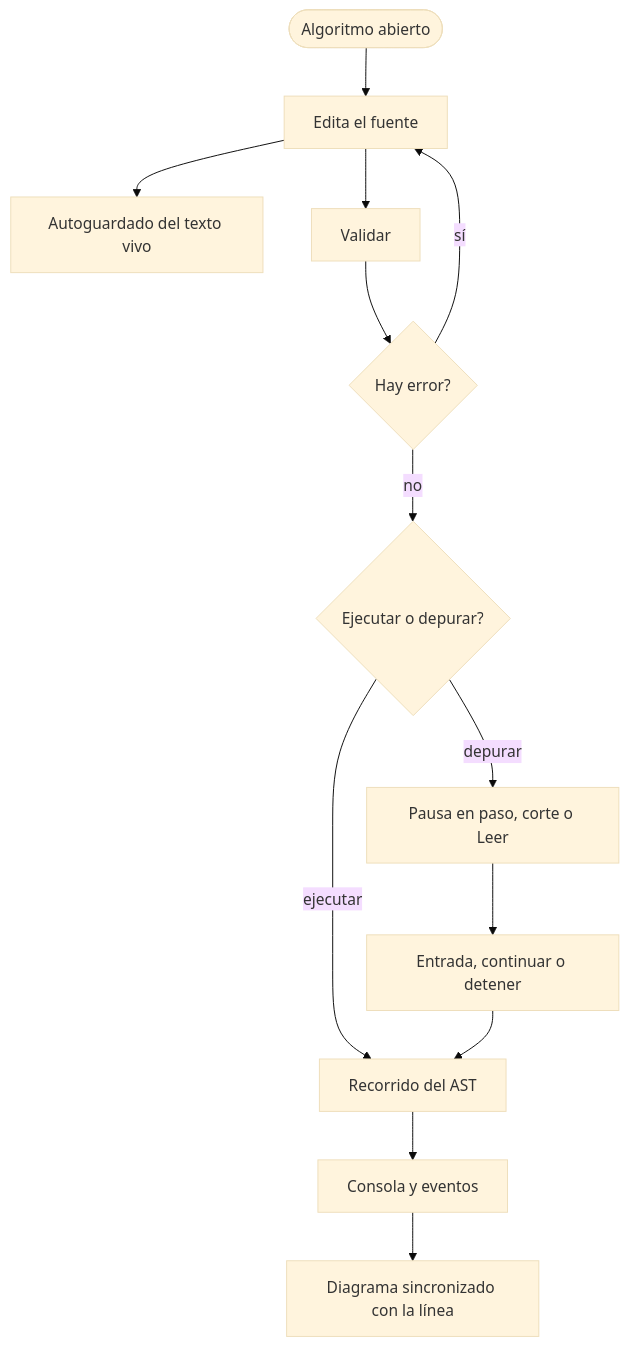
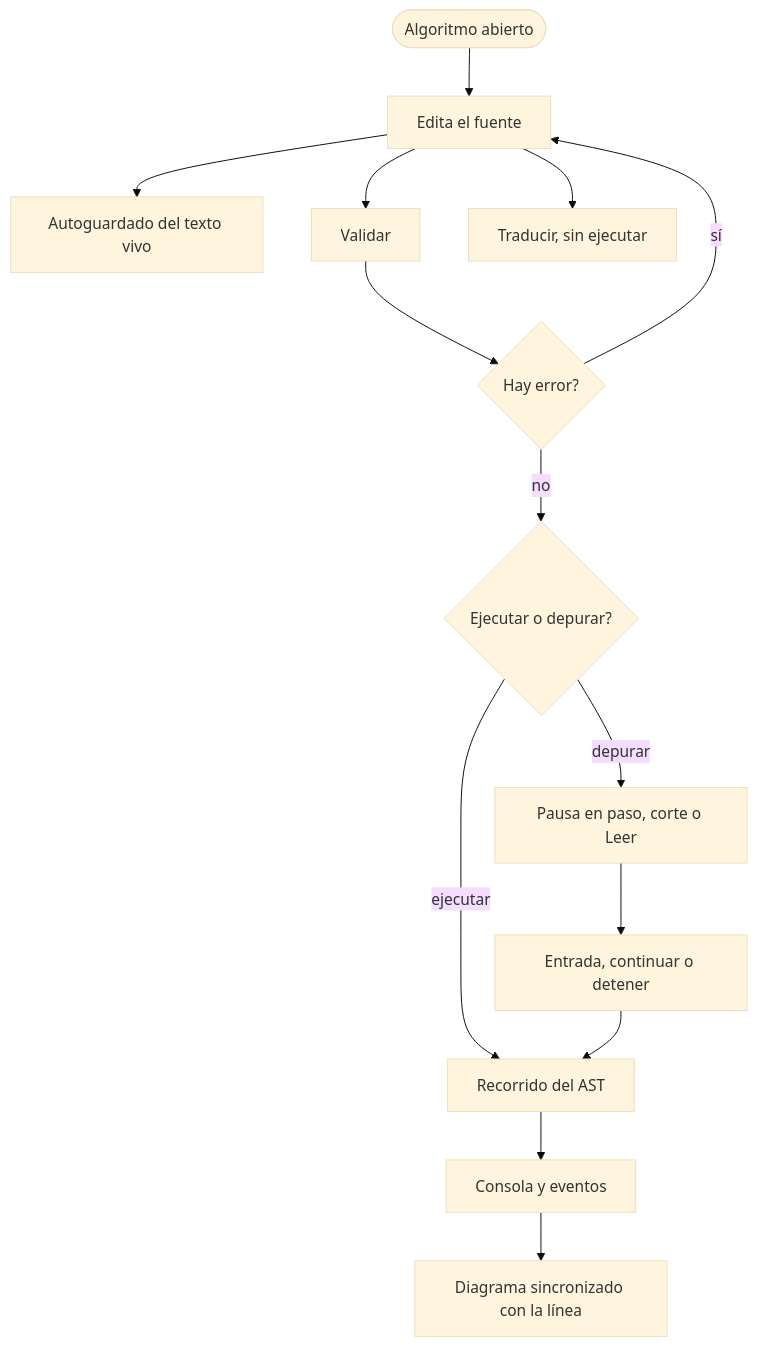
Before and after one commit to roque-code/FCDesign_client_server: the second of 3 diagrams in docs/vistas/diagrama-de-procesos.md, drawn with Mermaid (base theme). The commit also changed other lines of this file and 62 other files, not shown here.

````diff
--- a/docs/vistas/diagrama-de-procesos.md
+++ b/docs/vistas/diagrama-de-procesos.md
@@ -27,15 +27,16 @@
 ```mermaid
 flowchart TD
     abrir([Algoritmo abierto]) --> texto[Edita el fuente]
     texto --> guarda[Autoguardado del texto vivo]
     texto --> val[Validar]
+    texto --> trad[Traducir, sin ejecutar]
     val --> err{Hay error?}
     err -->|sí| texto
     err -->|no| modo{Ejecutar o depurar?}
     modo -->|ejecutar| run[Recorrido del AST]
     modo -->|depurar| paso[Pausa en paso, corte o Leer]
     paso --> orden[Entrada, continuar o detener]
     orden --> run
     run --> consola[Consola y eventos]
     consola --> figura[Diagrama sincronizado con la línea]
 ```
````
